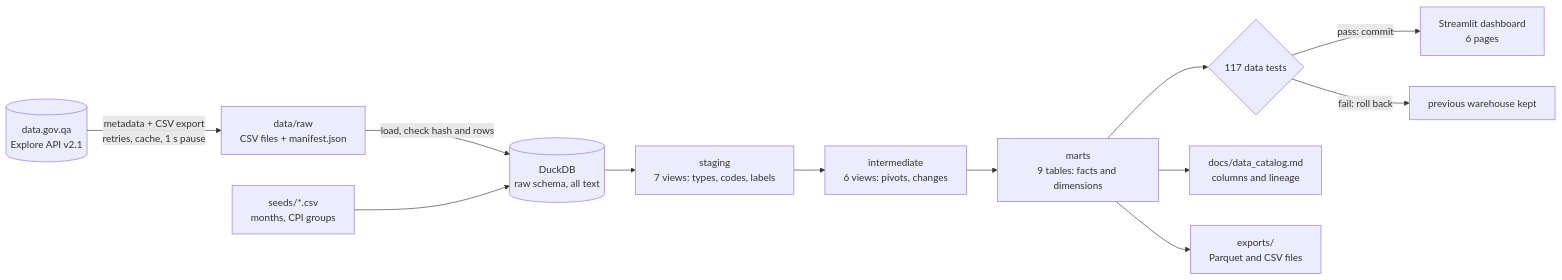
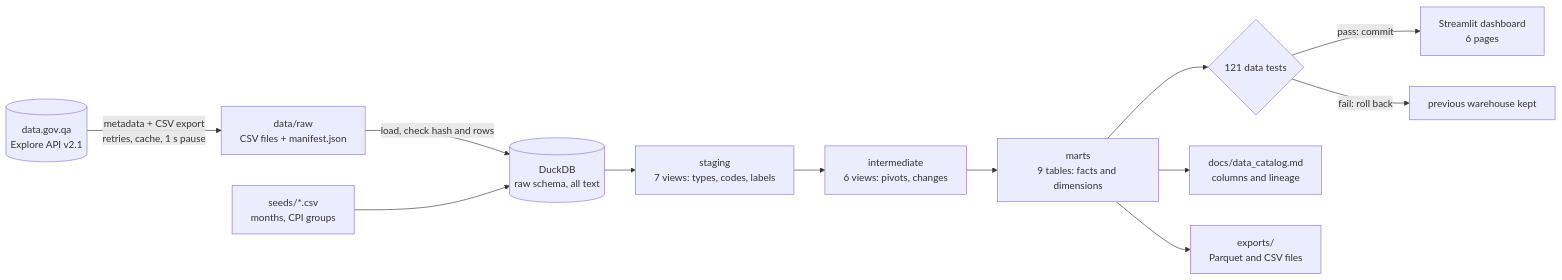
The diagram in README.md (Ifazawezk/qatar-open-data-pipeline), drawn with Mermaid before and after one commit. The commit also changed other lines of this file and 8 other files, not shown here.

````diff
--- a/README.md
+++ b/README.md
@@ -89,25 +89,25 @@
 ```mermaid
 flowchart LR
     portal[("data.gov.qa<br/>Explore API v2.1")]
     raw["data/raw<br/>CSV files + manifest.json"]
     seeds["seeds/*.csv<br/>months, CPI groups"]
     rawdb[("DuckDB<br/>raw schema, all text")]
     stg["staging<br/>7 views: types, codes, labels"]
     int["intermediate<br/>6 views: pivots, changes"]
     marts["marts<br/>9 tables: facts and dimensions"]
-    tests{"117 data tests"}
+    tests{"121 data tests"}
     dash["Streamlit dashboard<br/>6 pages"]
     keep["previous warehouse kept"]
     docs["docs/data_catalog.md<br/>columns and lineage"]
     exports["exports/<br/>Parquet and CSV files"]
 
     portal -- "metadata + CSV export<br/>retries, cache, 1 s pause" --> raw
     raw -- "load, check hash and rows" --> rawdb
     seeds --> rawdb
     rawdb --> stg --> int --> marts
     marts --> tests
     tests -- "pass: commit" --> dash
     tests -- "fail: roll back" --> keep
     marts --> docs
     marts --> exports
 ```
````
